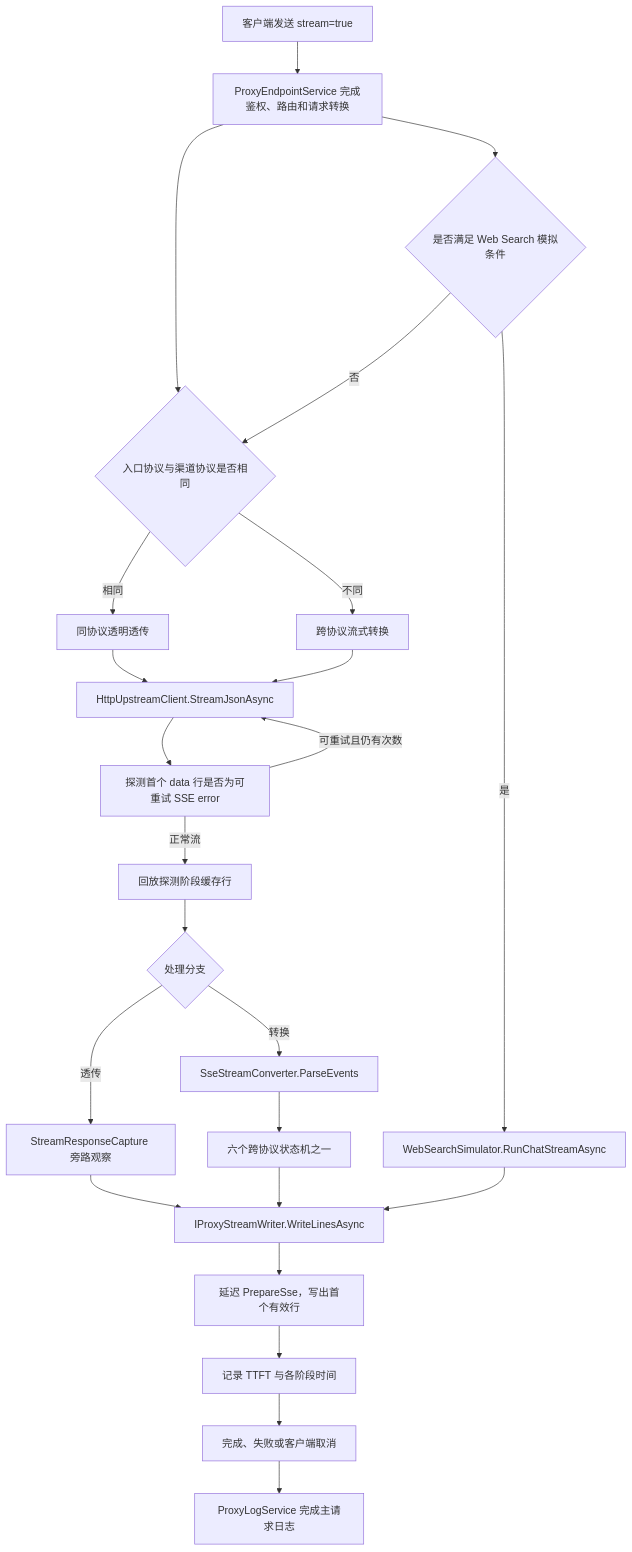
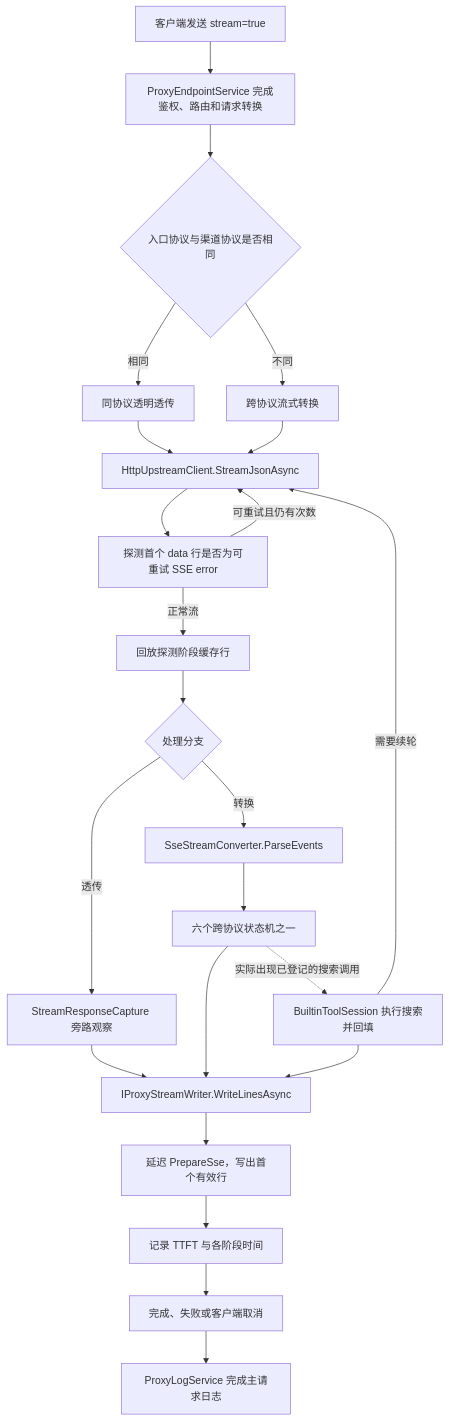
One commit to shL1481558059/OpenCodex changed the first of 6 diagrams in doc/proxy-conversion/07-streaming/01-stream-pipeline-and-sse-parsing.md. Above: the diagram before and after it, drawn with Mermaid. The commit also changed other lines of this file and 56 other files, not shown here.

````diff
--- a/doc/proxy-conversion/07-streaming/01-stream-pipeline-and-sse-parsing.md
+++ b/doc/proxy-conversion/07-streaming/01-stream-pipeline-and-sse-parsing.md
@@ -54,26 +54,25 @@
 ```mermaid
 flowchart TD
     A["客户端发送 stream=true"] --> B["ProxyEndpointService 完成鉴权、路由和请求转换"]
     B --> C{"入口协议与渠道协议是否相同"}
     C -->|"相同"| D["同协议透明透传"]
     C -->|"不同"| E["跨协议流式转换"]
-    B --> F{"是否满足 Web Search 模拟条件"}
-    F -->|"是"| G["WebSearchSimulator.RunChatStreamAsync"]
-    F -->|"否"| C
     D --> H["HttpUpstreamClient.StreamJsonAsync"]
     E --> H
     H --> I["探测首个 data 行是否为可重试 SSE error"]
     I -->|"可重试且仍有次数"| H
     I -->|"正常流"| J["回放探测阶段缓存行"]
     J --> K{"处理分支"}
     K -->|"透传"| L["StreamResponseCapture 旁路观察"]
     K -->|"转换"| M["SseStreamConverter.ParseEvents"]
     M --> N["六个跨协议状态机之一"]
+    N -. "实际出现已登记的搜索调用" .-> G["BuiltinToolSession 执行搜索并回填"]
+    G -->|"需要续轮"| H
     L --> O["IProxyStreamWriter.WriteLinesAsync"]
     N --> O
     G --> O
     O --> P["延迟 PrepareSse，写出首个有效行"]
     P --> Q["记录 TTFT 与各阶段时间"]
     Q --> R["完成、失败或客户端取消"]
     R --> S["ProxyLogService 完成主请求日志"]
 ```
````
